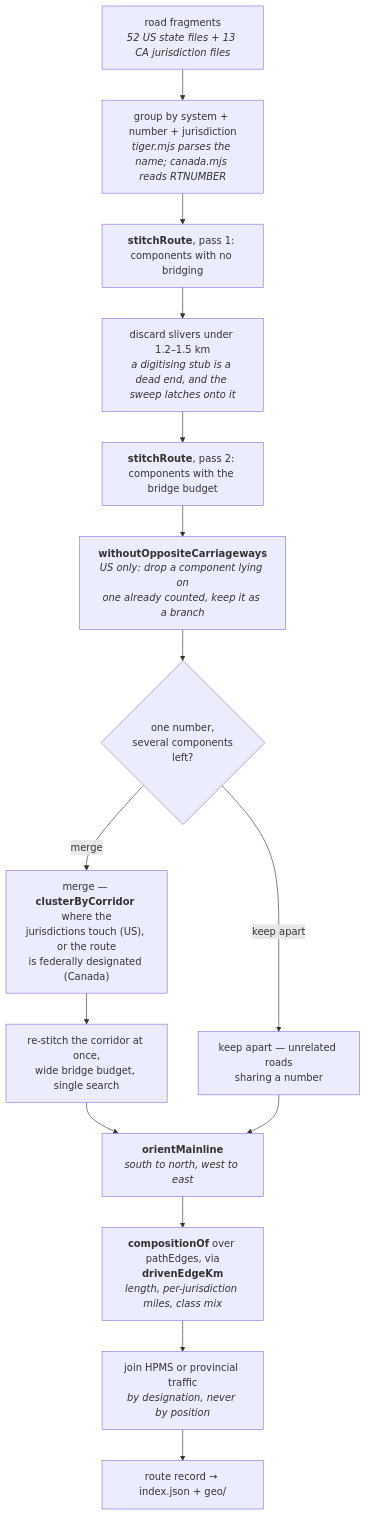
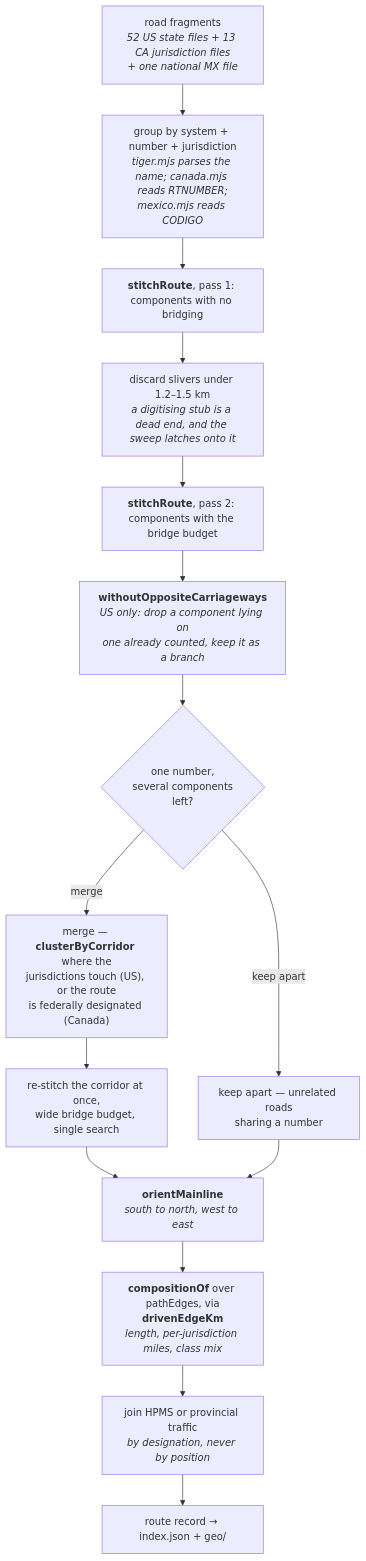
The second of 5 diagrams in docs/ARCHITECTURE.md (AndyUneducated/interstate-atlas), drawn with Mermaid before and after one commit. The commit also changed other lines of this file, not shown here.

Commit message:
Architecture: three countries, nine modules, the crossing and toll layers, and the three kinds of figure ACCURACY.md describes

````diff
--- a/docs/ARCHITECTURE.md
+++ b/docs/ARCHITECTURE.md
@@ -192,22 +230,22 @@
 ```mermaid
 flowchart TD
-  A["road fragments<br/><i>52 US state files + 13 CA jurisdiction files</i>"]
-  B["group by system + number + jurisdiction<br/><i>tiger.mjs parses the name; canada.mjs reads RTNUMBER</i>"]
+  A["road fragments<br/><i>52 US state files + 13 CA jurisdiction files<br/>+ one national MX file</i>"]
+  B["group by system + number + jurisdiction<br/><i>tiger.mjs parses the name; canada.mjs reads RTNUMBER;<br/>mexico.mjs reads CODIGO</i>"]
   C["<b>stitchRoute</b>, pass 1: components with no bridging"]
   D["discard slivers under 1.2–1.5 km<br/><i>a digitising stub is a dead end, and the sweep latches onto it</i>"]
   E["<b>stitchRoute</b>, pass 2: components with the bridge budget"]
   F["<b>withoutOppositeCarriageways</b><br/><i>US only: drop a component lying on<br/>one already counted, keep it as a branch</i>"]
   G{"one number,<br/>several components<br/>left?"}
   H["merge — <b>clusterByCorridor</b> where the<br/>jurisdictions touch (US), or the route<br/>is federally designated (Canada)"]
   I["keep apart — unrelated roads<br/>sharing a number"]
   J["re-stitch the corridor at once,<br/>wide bridge budget, single search"]
   K["<b>orientMainline</b><br/><i>south to north, west to east</i>"]
   L["<b>compositionOf</b> over pathEdges, via<br/><b>drivenEdgeKm</b><br/><i>length, per-jurisdiction miles, class mix</i>"]
   M["join HPMS or provincial traffic<br/><i>by designation, never by position</i>"]
   N["route record → index.json + geo/"]
 
   A --> B --> C --> D --> E --> F --> G
   G -->|"merge"| H --> J --> K
   G -->|"keep apart"| I --> K
   K --> L --> M --> N
 ```
````
